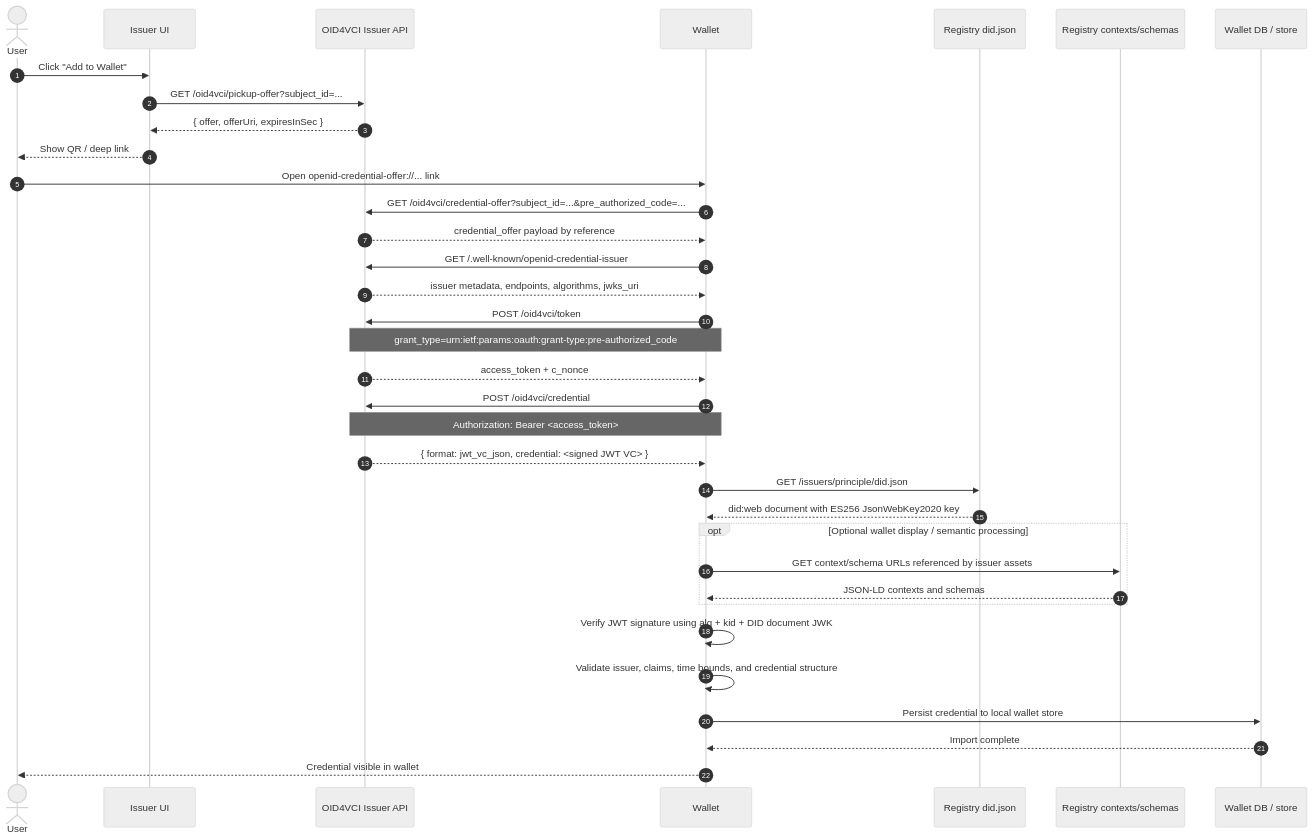
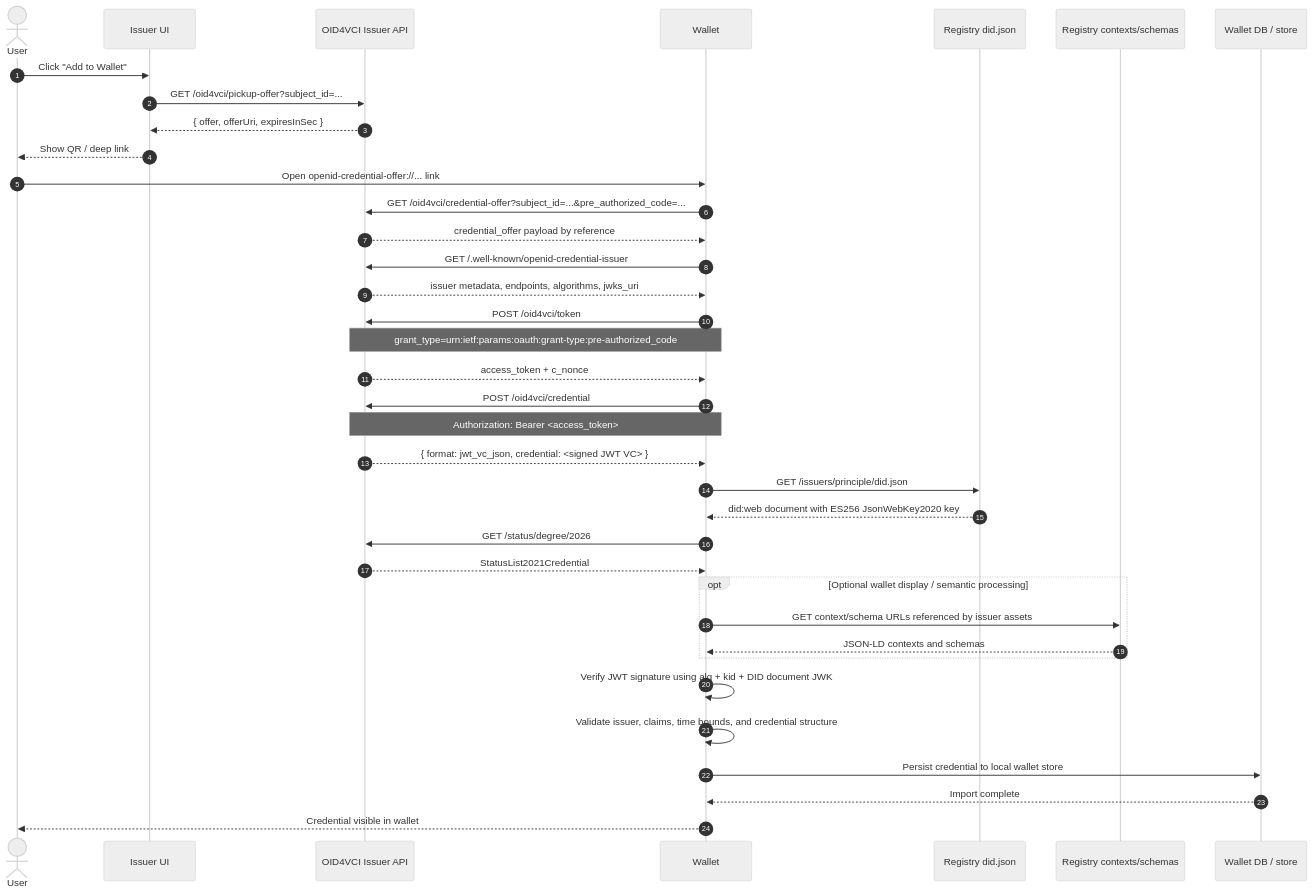
The diagram in docs/wallet-verification-import-flow.md (huypengin/IU-VC-Cert-University), drawn with Mermaid (neutral theme) before and after one commit. The commit also changed other lines of this file and 3 other files, not shown here.

Commit message:
docs: add status list revocation guidance for Sphereon wallet

````diff
--- a/docs/wallet-verification-import-flow.md
+++ b/docs/wallet-verification-import-flow.md
@@ -30,45 +32,48 @@
 ```mermaid
 sequenceDiagram
     autonumber
     actor User
     participant UI as Issuer UI
     participant API as OID4VCI Issuer API
     participant Wallet as Wallet
     participant DID as Registry did.json
     participant Registry as Registry contexts/schemas
     participant DB as Wallet DB / store
 
     User->>UI: Click "Add to Wallet"
     UI->>API: GET /oid4vci/pickup-offer?subject_id=...
     API-->>UI: { offer, offerUri, expiresInSec }
     UI-->>User: Show QR / deep link
 
     User->>Wallet: Open openid-credential-offer://... link
     Wallet->>API: GET /oid4vci/credential-offer?subject_id=...&pre_authorized_code=...
     API-->>Wallet: credential_offer payload by reference
 
     Wallet->>API: GET /.well-known/openid-credential-issuer
     API-->>Wallet: issuer metadata, endpoints, algorithms, jwks_uri
 
     Wallet->>API: POST /oid4vci/token
     Note over Wallet,API: grant_type=urn:ietf:params:oauth:grant-type:pre-authorized_code
     API-->>Wallet: access_token + c_nonce
 
     Wallet->>API: POST /oid4vci/credential
     Note over Wallet,API: Authorization: Bearer <access_token>
     API-->>Wallet: { format: jwt_vc_json, credential: <signed JWT VC> }
 
     Wallet->>DID: GET /issuers/principle/did.json
     DID-->>Wallet: did:web document with ES256 JsonWebKey2020 key
 
+    Wallet->>API: GET /status/degree/2026
+    API-->>Wallet: StatusList2021Credential
+
     opt Optional wallet display / semantic processing
         Wallet->>Registry: GET context/schema URLs referenced by issuer assets
         Registry-->>Wallet: JSON-LD contexts and schemas
     end
 
     Wallet->>Wallet: Verify JWT signature using alg + kid + DID document JWK
     Wallet->>Wallet: Validate issuer, claims, time bounds, and credential structure
     Wallet->>DB: Persist credential to local wallet store
     DB-->>Wallet: Import complete
     Wallet-->>User: Credential visible in wallet
 ```
````
